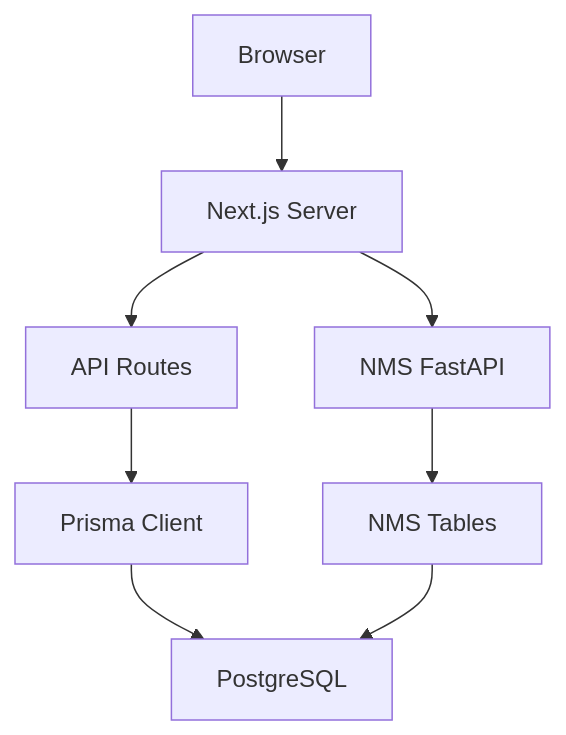
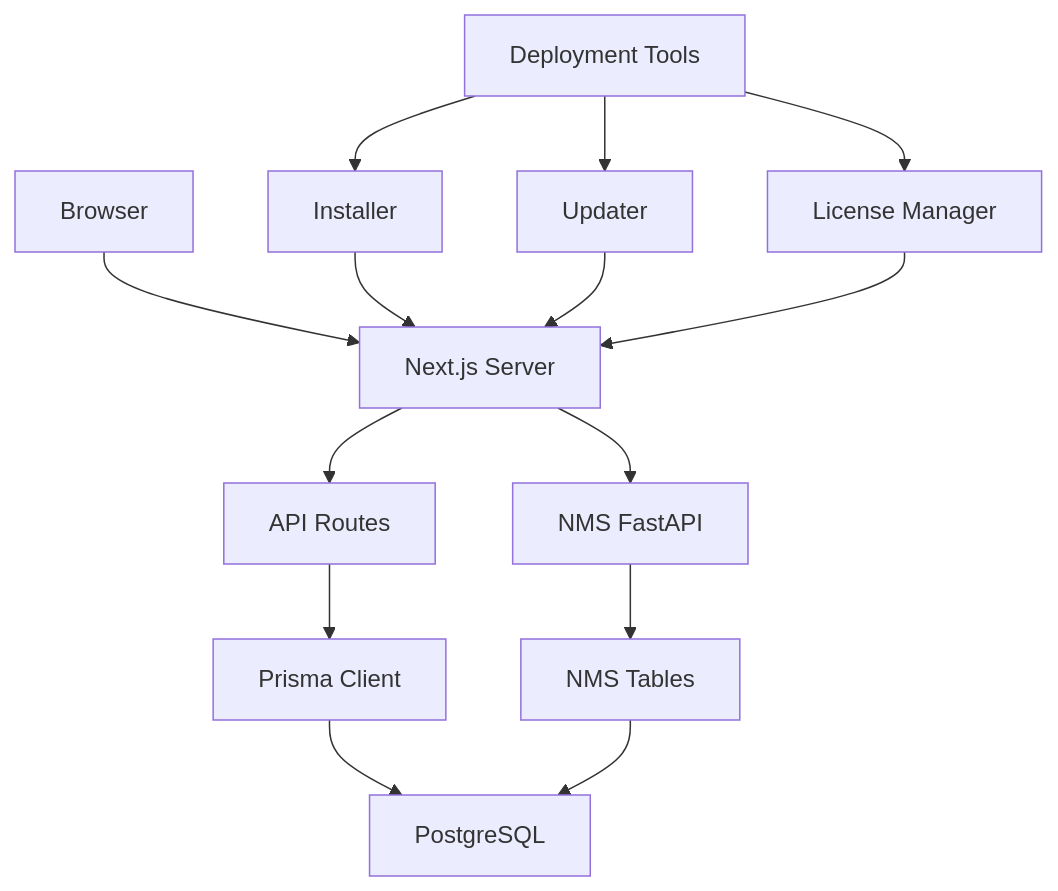
One commit to celebigilfatih/infrascope changed the second of 6 diagrams in .qoder/repowiki/en/content/Development & Deployment/Development & Deployment.md. Above: the diagram before and after it, drawn with Mermaid. The commit also changed other lines of this file and 12 other files, not shown here.

````diff
--- a/.qoder/repowiki/en/content/Development & Deployment/Development & Deployment.md
+++ b/.qoder/repowiki/en/content/Development & Deployment/Development & Deployment.md
@@ -120,17 +155,27 @@
 ```mermaid
 graph TB
 CLIENT["Browser"]
 NEXT["Next.js Server"]
 API["API Routes"]
 PRISMA["Prisma Client"]
 PG["PostgreSQL"]
 NMS["NMS FastAPI"]
 NMS_DB["NMS Tables"]
+DEPLOY["Deployment Tools"]
+INSTALL["Installer"]
+UPDATE["Updater"]
+LICENSE["License Manager"]
 CLIENT --> NEXT
 NEXT --> API
 API --> PRISMA
 PRISMA --> PG
 NEXT --> NMS
 NMS --> NMS_DB
 NMS_DB --> PG
+DEPLOY --> INSTALL
+DEPLOY --> UPDATE
+DEPLOY --> LICENSE
+INSTALL --> NEXT
+UPDATE --> NEXT
+LICENSE --> NEXT
 ```
````
